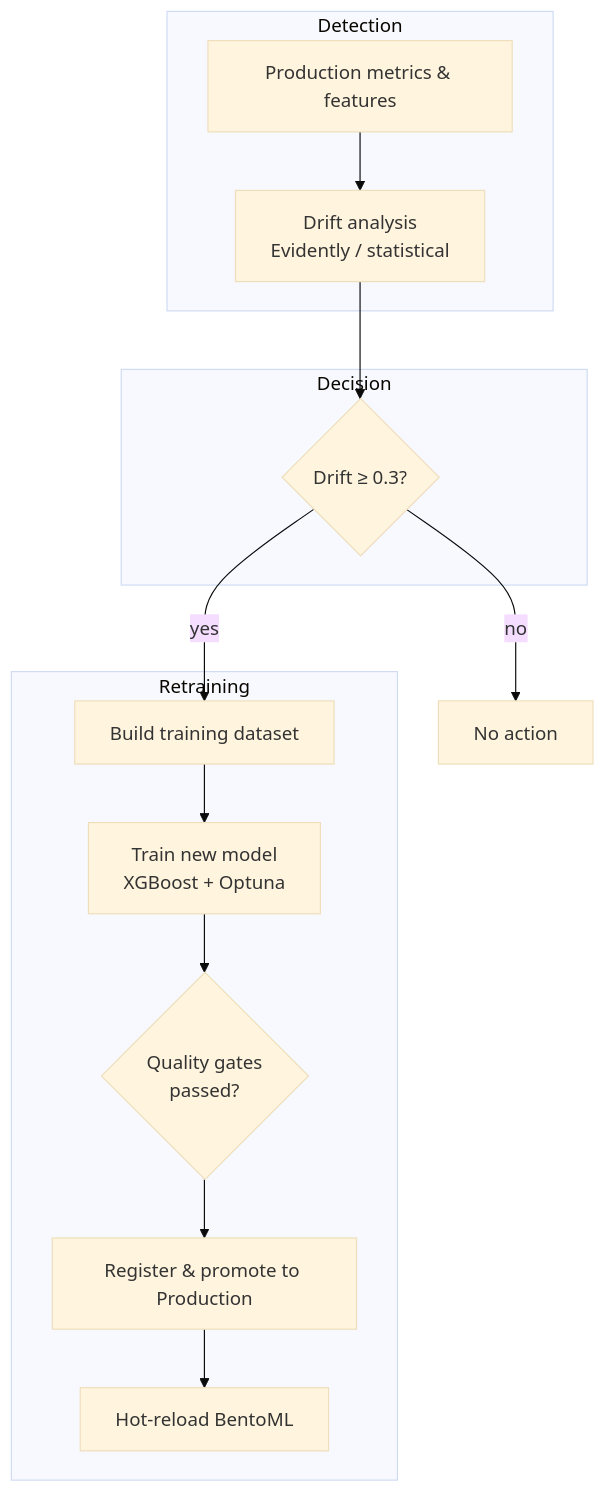
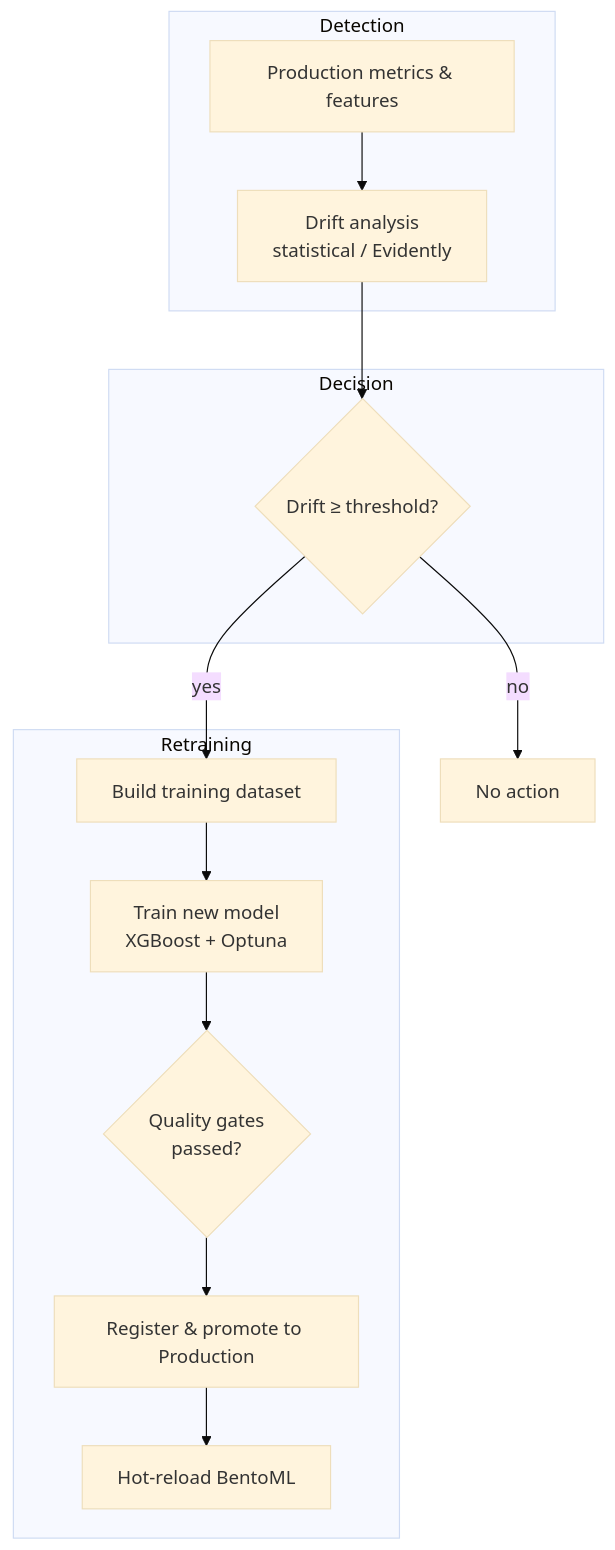
Before and after one commit to w4zir/ibook_mlops: the second of 2 diagrams in docs/tech_blog_self_healing_fraud_mlops.md, drawn with Mermaid (base theme). The commit also changed other lines of this file and 3 other files, not shown here.

````diff
--- a/docs/tech_blog_self_healing_fraud_mlops.md
+++ b/docs/tech_blog_self_healing_fraud_mlops.md
@@ -239,25 +177,25 @@
 ```mermaid
 flowchart TB
     subgraph detect["Detection"]
         A[Production metrics & features]
-        B[Drift analysis<br/>Evidently / statistical]
+        B[Drift analysis<br/>statistical / Evidently]
         A --> B
     end
 
     subgraph decide["Decision"]
-        D{Drift ≥ 0.3?}
+        D{Drift ≥ threshold?}
     end
 
     subgraph retrain["Retraining"]
         E[Build training dataset]
         F[Train new model<br/>XGBoost + Optuna]
         G{Quality gates<br/>passed?}
         H[Register & promote to Production]
-        I[Hot‑reload BentoML]
+        I[Hot-reload BentoML]
         E --> F --> G --> H --> I
     end
 
     B --> D
     D -->|yes| E
     D -->|no| N[No action]
 ```
````
